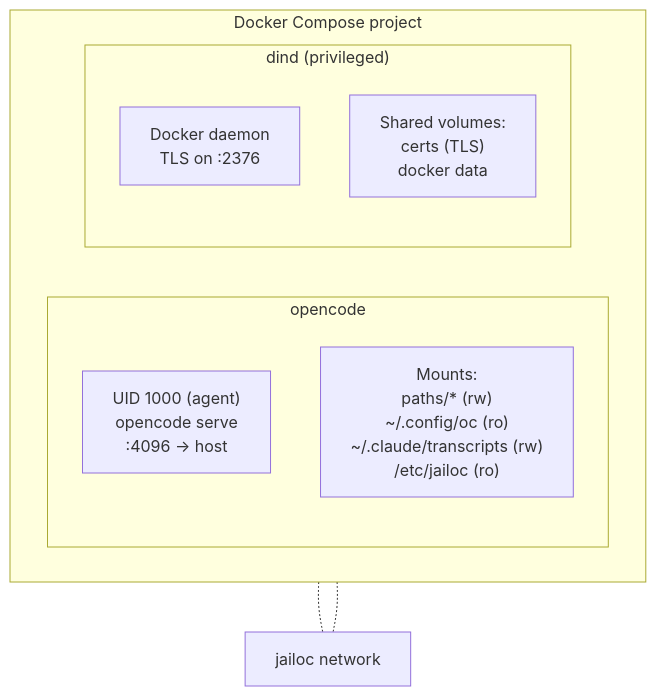
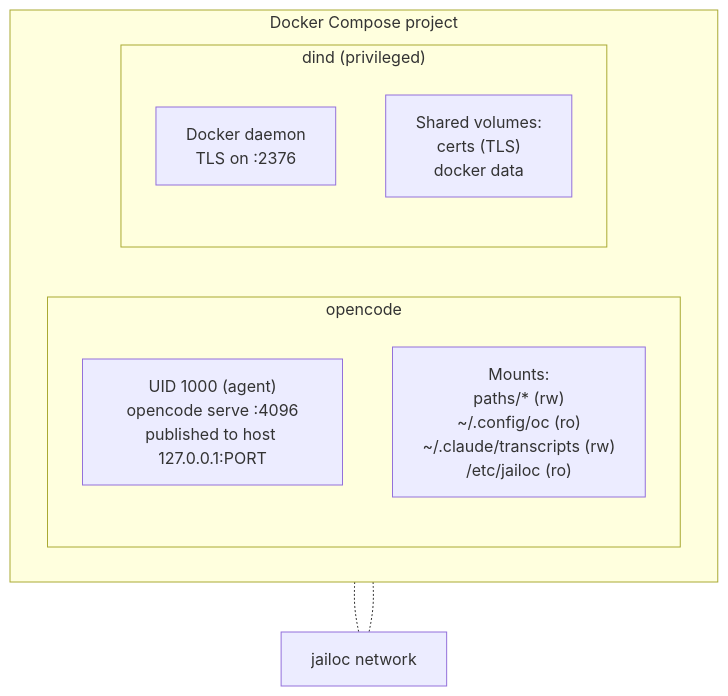
Before and after one commit to speedo17/jailoc: the diagram in docs/explanation/container-architecture.md, drawn with Mermaid. The commit also changed other lines of this file and 2 other files, not shown here.

Commit message:
fix/compose-localhost-bind (#99)
* fix(compose): bind published port to 127.0.0.1

* test(compose): update port binding assertions to 127.0.0.

* docs: clarify port publish

---------

````diff
--- a/docs/explanation/container-architecture.md
+++ b/docs/explanation/container-architecture.md
@@ -7,19 +7,19 @@
 ```mermaid
 flowchart TB
   subgraph compose["Docker Compose project"]
     direction LR
     subgraph oc["opencode"]
       direction TB
-      oc_uid["UID 1000 (agent)<br>opencode serve<br>:4096 → host"]
+      oc_uid["UID 1000 (agent)<br>opencode serve :4096<br>published to host 127.0.0.1:PORT"]
       oc_mounts["Mounts:<br>paths/* (rw)<br>~/.config/oc (ro)<br>~/.claude/transcripts (rw)<br>/etc/jailoc (ro)"]
     end
     subgraph dind["dind (privileged)"]
       direction TB
       dind_daemon["Docker daemon<br>TLS on :2376"]
       dind_vols["Shared volumes:<br>certs (TLS)<br>docker data"]
     end
   end
 
   oc -.- net["jailoc network"]
     dind -.- net
 ```
````
